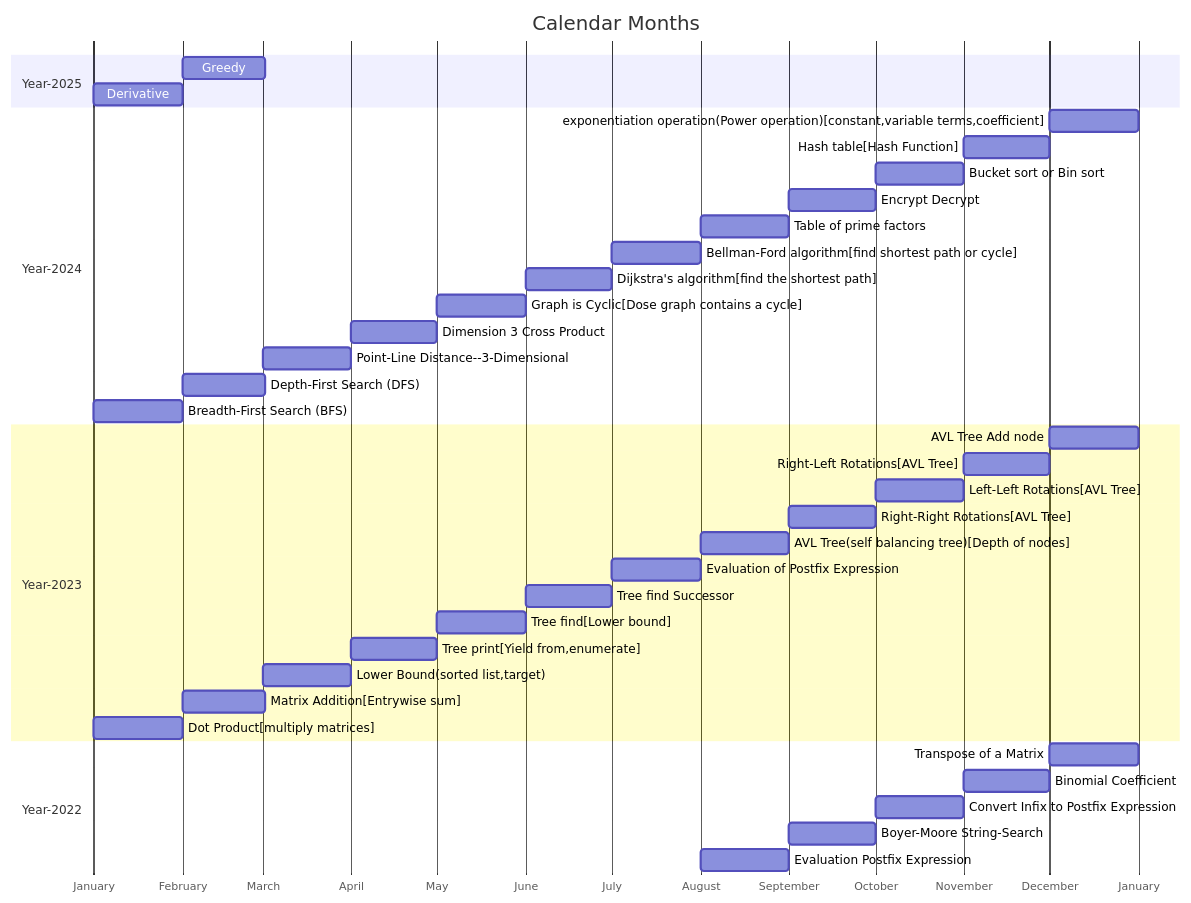
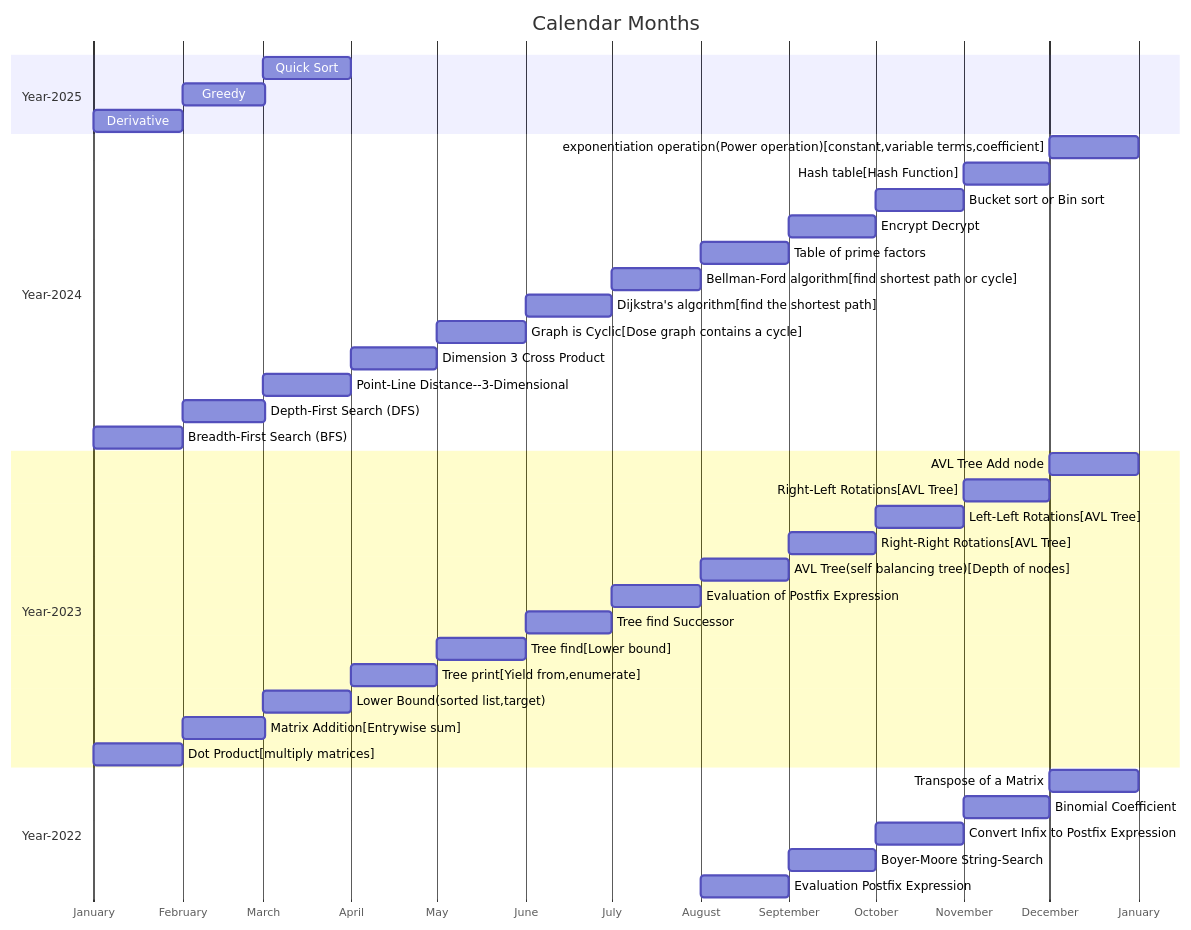
One commit to softtiny/docs.calendar changed the diagram in src/calendar.md. Above: the diagram before and after it, drawn with Mermaid. The commit also changed 1 other file, not shown here.

````diff
--- a/src/calendar.md
+++ b/src/calendar.md
@@ -2,41 +2,42 @@
 ```mermaid
 gantt
     title Calendar Months
     dateFormat MM-DD
     axisFormat %B
     section Year-2025
+        Quick Sort      :03-01, 31d
         Greedy          :02-01, 29d
         Derivative          :01-01, 31d
     section Year-2024
         exponentiation operation(Power operation)[constant,variable terms,coefficient]  :12-01, 31d
         Hash table[Hash Function]  :11-01, 30d
         Bucket sort or Bin sort  :10-01, 31d
         Encrypt Decrypt  :09-01, 30d
         Table of prime factors  :08-01, 31d
         Bellman-Ford algorithm[find shortest path or cycle] :07-01, 31d
         Dijkstra's algorithm[find the shortest path] :06-01, 30d
         Graph is Cyclic[Dose graph contains a cycle]  :05-01, 31d
         Dimension 3 Cross Product  :04-01, 30d
         Point-Line Distance--3-Dimensional  :03-01, 31d
         Depth-First Search (DFS)          :02-01, 29d
         Breadth-First Search (BFS)          :01-01, 31d
     section Year-2023
         AVL Tree Add node :12-01, 31d
         Right-Left Rotations[AVL Tree] :11-01, 30d
         Left-Left Rotations[AVL Tree] :10-01, 31d
         Right-Right Rotations[AVL Tree] :09-01, 30d
         AVL Tree(self balancing tree)[Depth of nodes] :08-01, 31d
         Evaluation of Postfix Expression :07-01, 31d
         Tree find Successor :06-01, 30d
         Tree find[Lower bound] :05-01, 31d
         Tree print[Yield from,enumerate] :04-01, 30d
         Lower Bound(sorted list,target) :03-01, 31d
         Matrix Addition[Entrywise sum] :02-01, 29d
         Dot Product[multiply matrices] :01-01, 31d
     section Year-2022
         Transpose of a Matrix :12-01, 31d
         Binomial Coefficient :11-01, 30d
         Convert Infix to Postfix Expression :10-01, 31d
         Boyer-Moore String-Search :09-01, 30d
         Evaluation Postfix Expression :08-01, 31d
 ```
````
